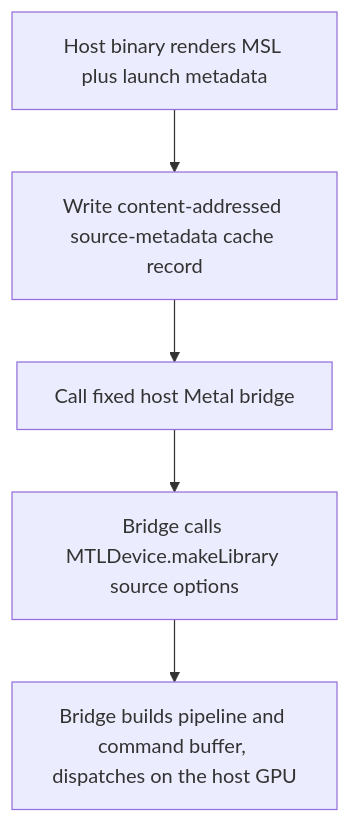
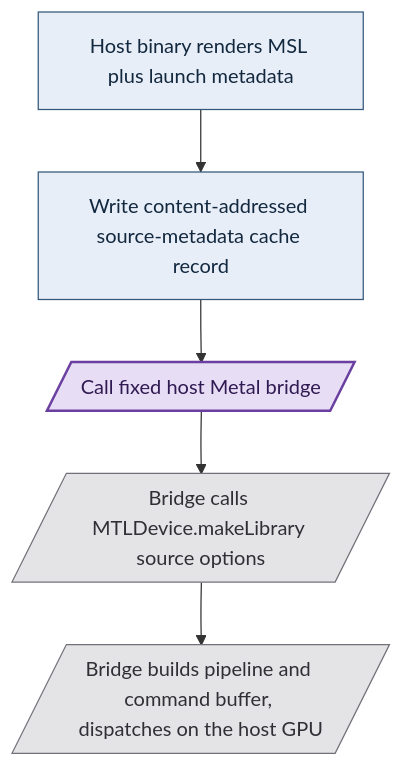
One commit to Tuee22/amoebius changed the diagram in documents/engineering/apple_metal_headless_builds.md. Above: the diagram before and after it, drawn with Mermaid. The commit also changed other lines of this file and 36 other files, not shown here.

````diff
--- a/documents/engineering/apple_metal_headless_builds.md
+++ b/documents/engineering/apple_metal_headless_builds.md
@@ -33,7 +35,11 @@
 ```mermaid
 flowchart TD
-  render[Host binary renders MSL plus launch metadata] --> cache[Write content-addressed source-metadata cache record]
-  cache --> bridge[Call fixed host Metal bridge]
-  bridge --> compile[Bridge calls MTLDevice.makeLibrary source options]
-  compile --> dispatch[Bridge builds pipeline and command buffer, dispatches on the host GPU]
+  render["Host binary renders MSL plus launch metadata"]:::intent --> cache["Write content-addressed source-metadata cache record"]:::intent
+  cache --> bridge[/"Call fixed host Metal bridge"/]:::effect
+  bridge --> compile[/"Bridge calls MTLDevice.makeLibrary source options"/]:::runtime
+  compile --> dispatch[/"Bridge builds pipeline and command buffer, dispatches on the host GPU"/]:::runtime
+
+  classDef intent   fill:#e8eef7,stroke:#33587a,color:#12283f,stroke-width:1px
+  classDef effect   fill:#e7ddf5,stroke:#6b3fa0,color:#2f1a52,stroke-width:2px
+  classDef runtime  fill:#e4e4e7,stroke:#71717a,color:#2f2f35,stroke-width:1px
 ```
````
